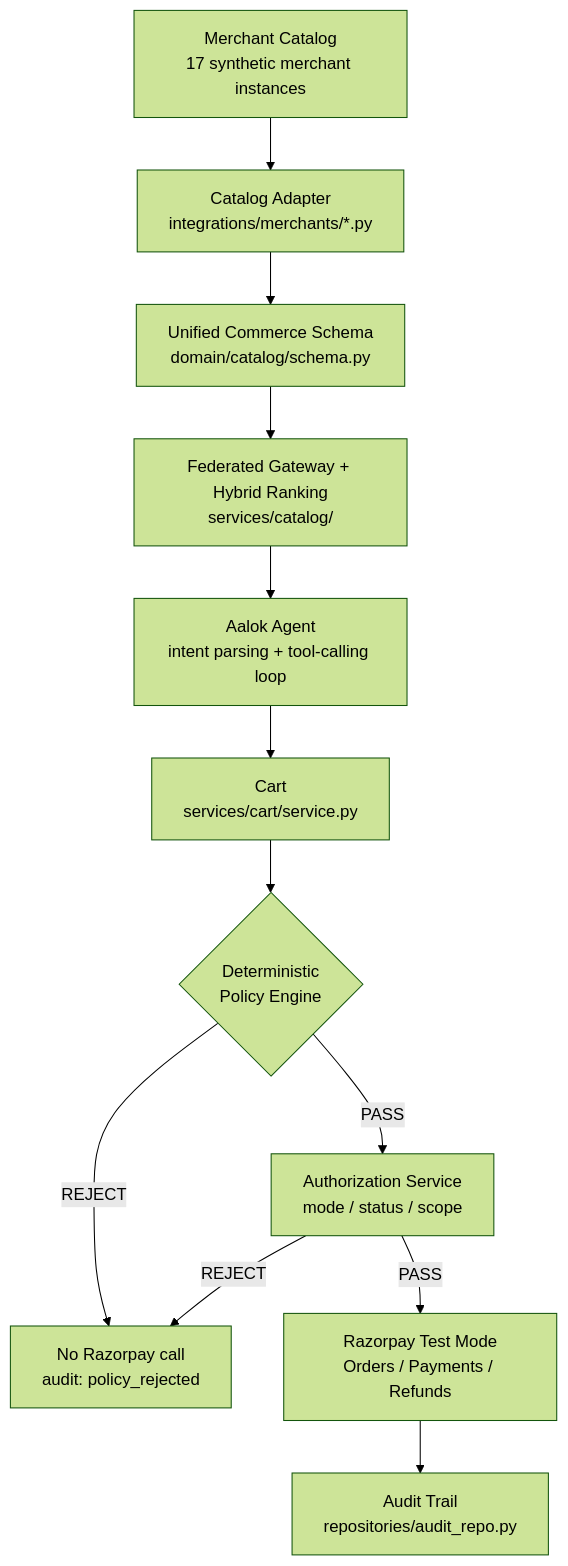
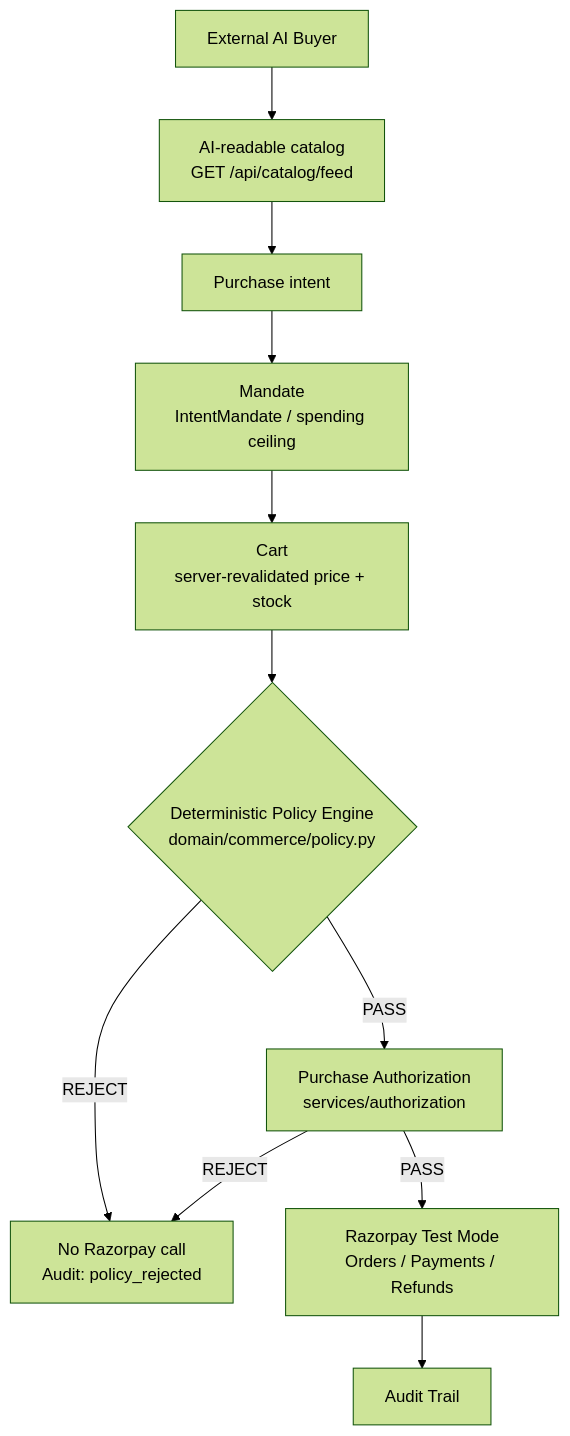
One commit to kanishkasalgude/Aalok changed the diagram in README.md. Above: the diagram before and after it, drawn with Mermaid (forest theme). The commit also changed other lines of this file, not shown here.

Commit message:
docs: condense README by rebranding to AI Commerce and streamlining project description

````diff
--- a/README.md
+++ b/README.md
@@ -173,14 +112,13 @@
 ```mermaid
 flowchart TD
-    A[Merchant Catalog<br/>17 synthetic merchant instances] --> B[Catalog Adapter<br/>integrations/merchants/*.py]
-    B --> C[Unified Commerce Schema<br/>domain/catalog/schema.py]
-    C --> D[Federated Gateway + Hybrid Ranking<br/>services/catalog/]
-    D --> E[Aalok Agent<br/>intent parsing + tool-calling loop]
-    E --> F[Cart<br/>services/cart/service.py]
-    F --> G{Deterministic<br/>Policy Engine}
-    G -->|REJECT| H[No Razorpay call<br/>audit: policy_rejected]
-    G -->|PASS| I[Authorization Service<br/>mode / status / scope]
-    I -->|REJECT| H
-    I -->|PASS| J[Razorpay Test Mode<br/>Orders / Payments / Refunds]
-    J --> K[Audit Trail<br/>repositories/audit_repo.py]
+    A[External AI Buyer] --> B[AI-readable catalog<br/>GET /api/catalog/feed]
+    B --> C[Purchase intent]
+    C --> D[Mandate<br/>IntentMandate / spending ceiling]
+    D --> E[Cart<br/>server-revalidated price + stock]
+    E --> F{Deterministic Policy Engine<br/>domain/commerce/policy.py}
+    F -->|REJECT| G[No Razorpay call<br/>Audit: policy_rejected]
+    F -->|PASS| H[Purchase Authorization<br/>services/authorization]
+    H -->|REJECT| G
+    H -->|PASS| I[Razorpay Test Mode<br/>Orders / Payments / Refunds]
+    I --> J[Audit Trail]
 ```
````
